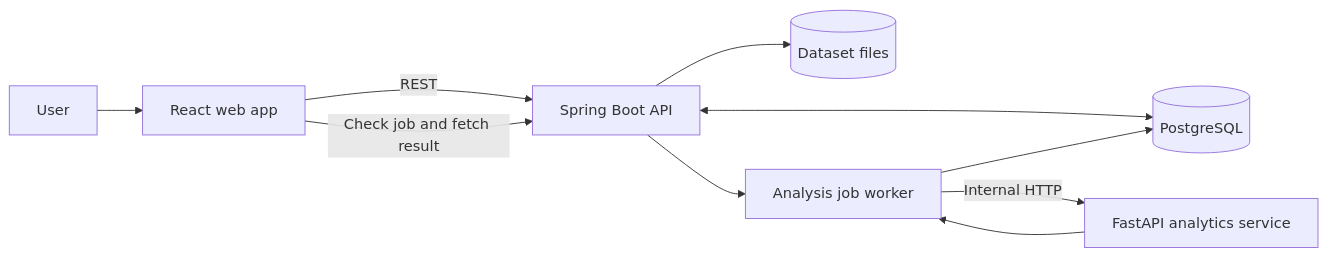
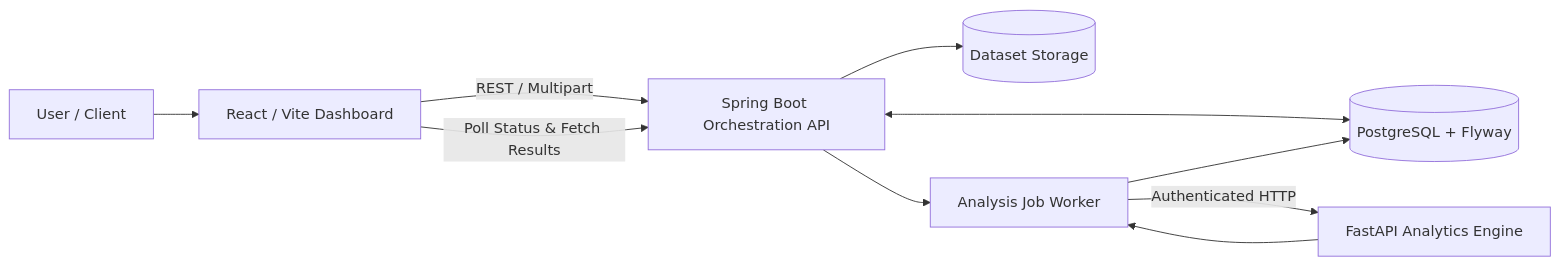
One commit to Hariom-55/DataMind changed the diagram in README.md. Above: the diagram before and after it, drawn with Mermaid. The commit also changed other lines of this file and 1 other file, not shown here.

````diff
--- a/README.md
+++ b/README.md
@@ -25,12 +38,12 @@
 ```mermaid
 flowchart LR
-    U[User] --> W[React web app]
-    W -->|REST| J[Spring Boot API]
-    J <--> DB[(PostgreSQL)]
-    J --> FS[(Dataset files)]
-    J --> Q[Analysis job worker]
-    Q -->|Internal HTTP| P[FastAPI analytics service]
-    P --> Q
-    Q --> DB
-    W -->|Check job and fetch result| J
+    User[User / Client] --> Web[React / Vite Dashboard]
+    Web -->|REST / Multipart| API[Spring Boot Orchestration API]
+    API <--> DB[(PostgreSQL + Flyway)]
+    API --> Storage[(Dataset Storage)]
+    API --> Worker[Analysis Job Worker]
+    Worker -->|Authenticated HTTP| Analytics[FastAPI Analytics Engine]
+    Analytics --> Worker
+    Worker --> DB
+    Web -->|Poll Status & Fetch Results| API
 ```
````
